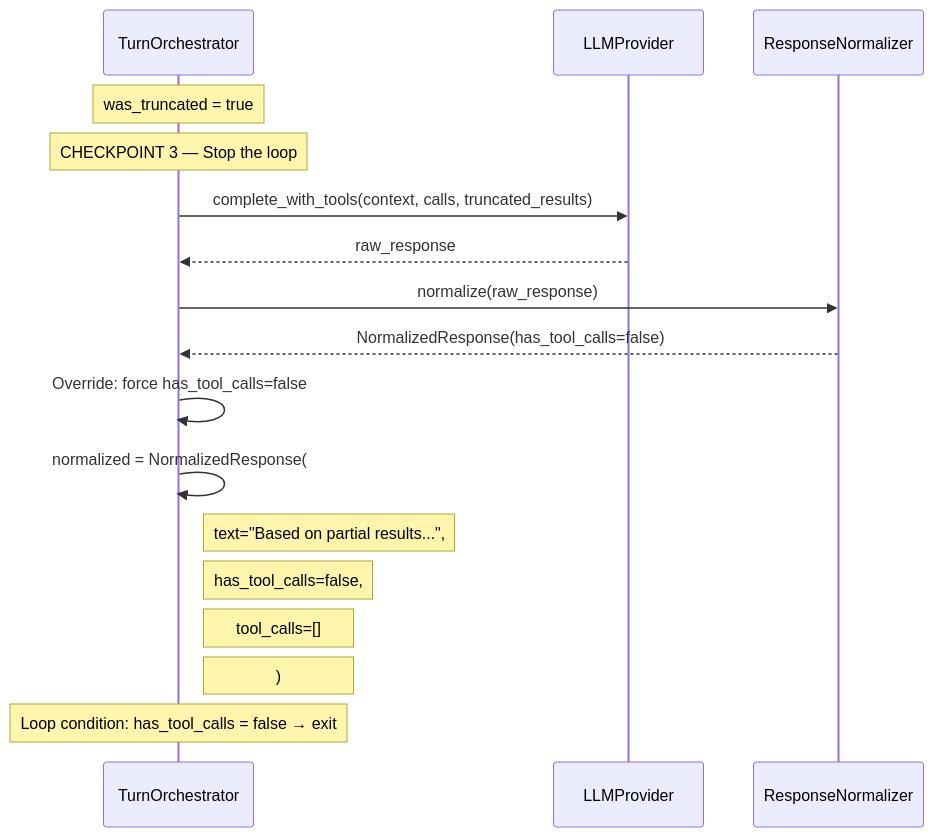
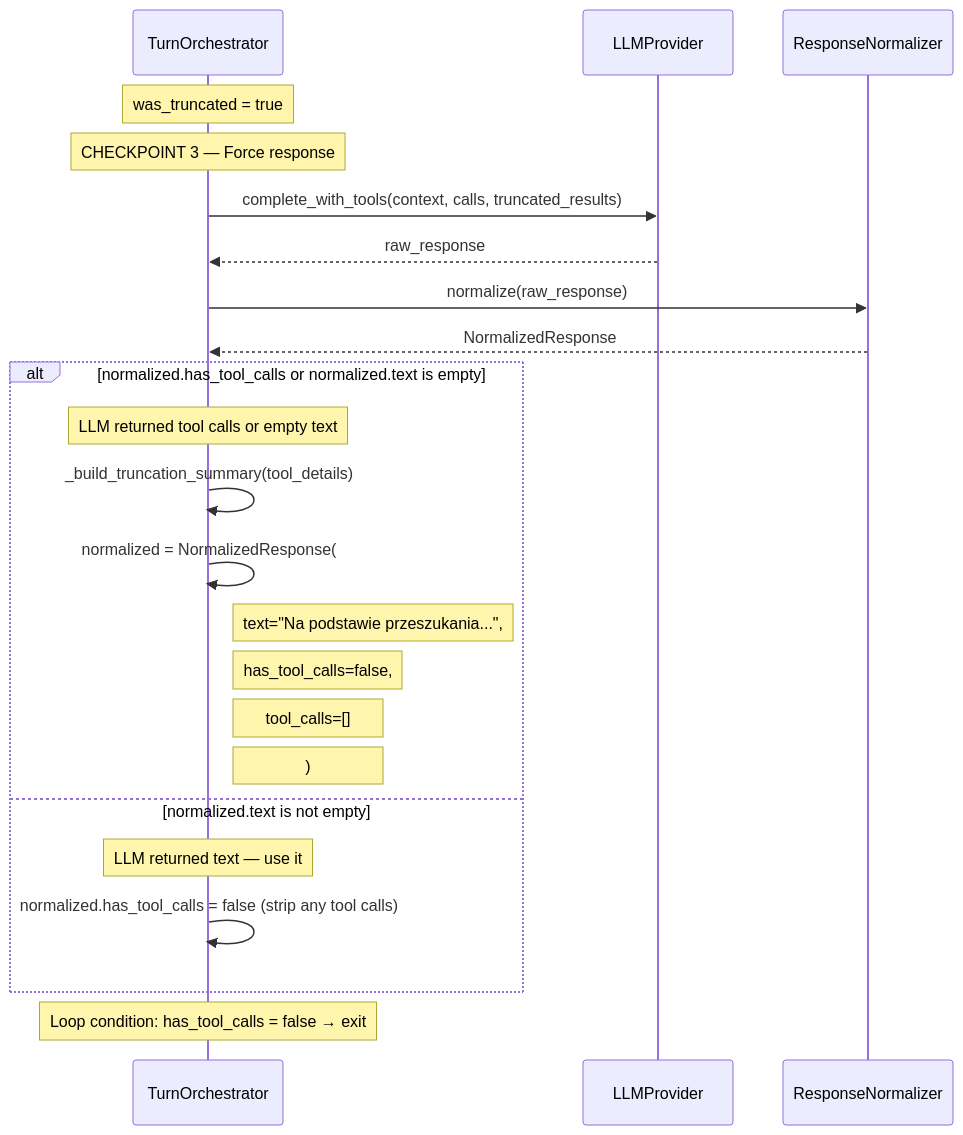
One commit to m1981/kuchnie changed the fourth of 4 diagrams in kitchen-agent/docs/f01-token-tool-loop.md. Above: the diagram before and after it, drawn with Mermaid. The commit also changed other lines of this file, not shown here.

````diff
--- a/kitchen-agent/docs/f01-token-tool-loop.md
+++ b/kitchen-agent/docs/f01-token-tool-loop.md
@@ -162,24 +266,30 @@
 ```mermaid
 sequenceDiagram
     participant TO as TurnOrchestrator
     participant LLM as LLMProvider
     participant NR as ResponseNormalizer
 
     Note over TO: was_truncated = true
 
-    Note over TO: CHECKPOINT 3 — Stop the loop
+    Note over TO: CHECKPOINT 3 — Force response
     TO->>LLM: complete_with_tools(context, calls, truncated_results)
     LLM-->>TO: raw_response
 
     TO->>NR: normalize(raw_response)
-    NR-->>TO: NormalizedResponse(has_tool_calls=false)
+    NR-->>TO: NormalizedResponse
 
-    TO->>TO: Override: force has_tool_calls=false
-    TO->>TO: normalized = NormalizedResponse(
-    Note right of TO: text="Based on partial results...",
-    Note right of TO: has_tool_calls=false,
-    Note right of TO: tool_calls=[]
-    Note right of TO: )
+    alt normalized.has_tool_calls or normalized.text is empty
+        Note over TO: LLM returned tool calls or empty text
+        TO->>TO: _build_truncation_summary(tool_details)
+        TO->>TO: normalized = NormalizedResponse(
+        Note right of TO: text="Na podstawie przeszukania...",
+        Note right of TO: has_tool_calls=false,
+        Note right of TO: tool_calls=[]
+        Note right of TO: )
+    else normalized.text is not empty
+        Note over TO: LLM returned text — use it
+        TO->>TO: normalized.has_tool_calls = false (strip any tool calls)
+    end
 
     Note over TO: Loop condition: has_tool_calls = false → exit
 ```
````
